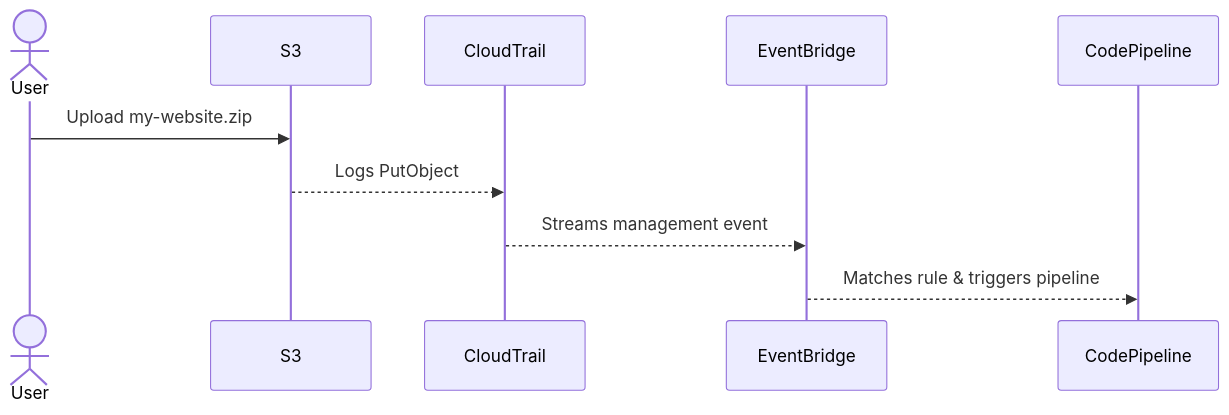
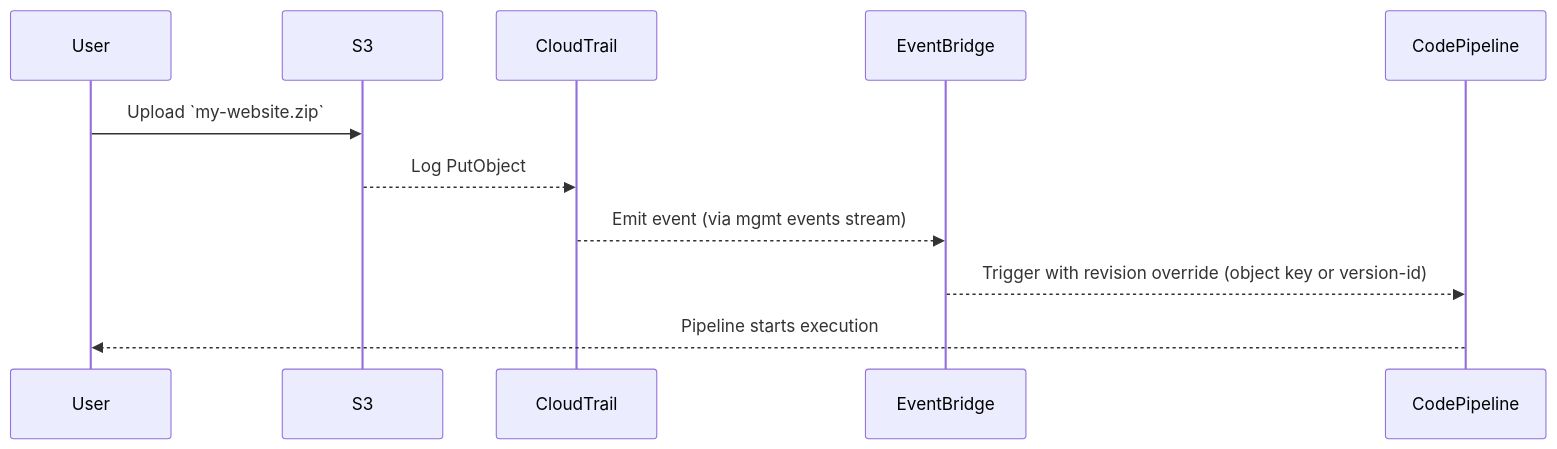
One commit to hadywafa/DevOpsHub changed the diagram in 5-cloud Providers/aws/aws-services/developer/ci-cd/4.1.s3-bucket-connection.md. Above: the diagram before and after it, drawn with Mermaid. The commit also changed other lines of this file and 6 other files, not shown here.

````diff
--- a/5-cloud Providers/aws/aws-services/developer/ci-cd/4.1.s3-bucket-connection.md
+++ b/5-cloud Providers/aws/aws-services/developer/ci-cd/4.1.s3-bucket-connection.md
@@ -31,13 +151,14 @@
 ```mermaid
 sequenceDiagram
-    actor User
+    participant User
     participant S3
     participant CloudTrail
     participant EventBridge
     participant CodePipeline
 
-    User->>S3: Upload my-website.zip
-    S3-->>CloudTrail: Logs PutObject
-    CloudTrail-->>EventBridge: Streams management event
-    EventBridge-->>CodePipeline: Matches rule & triggers pipeline
+    User->>S3: Upload `my-website.zip`
+    S3-->>CloudTrail: Log PutObject
+    CloudTrail-->>EventBridge: Emit event (via mgmt events stream)
+    EventBridge-->>CodePipeline: Trigger with revision override (object key or version-id)
+    CodePipeline-->>User: Pipeline starts execution
 ```
````
